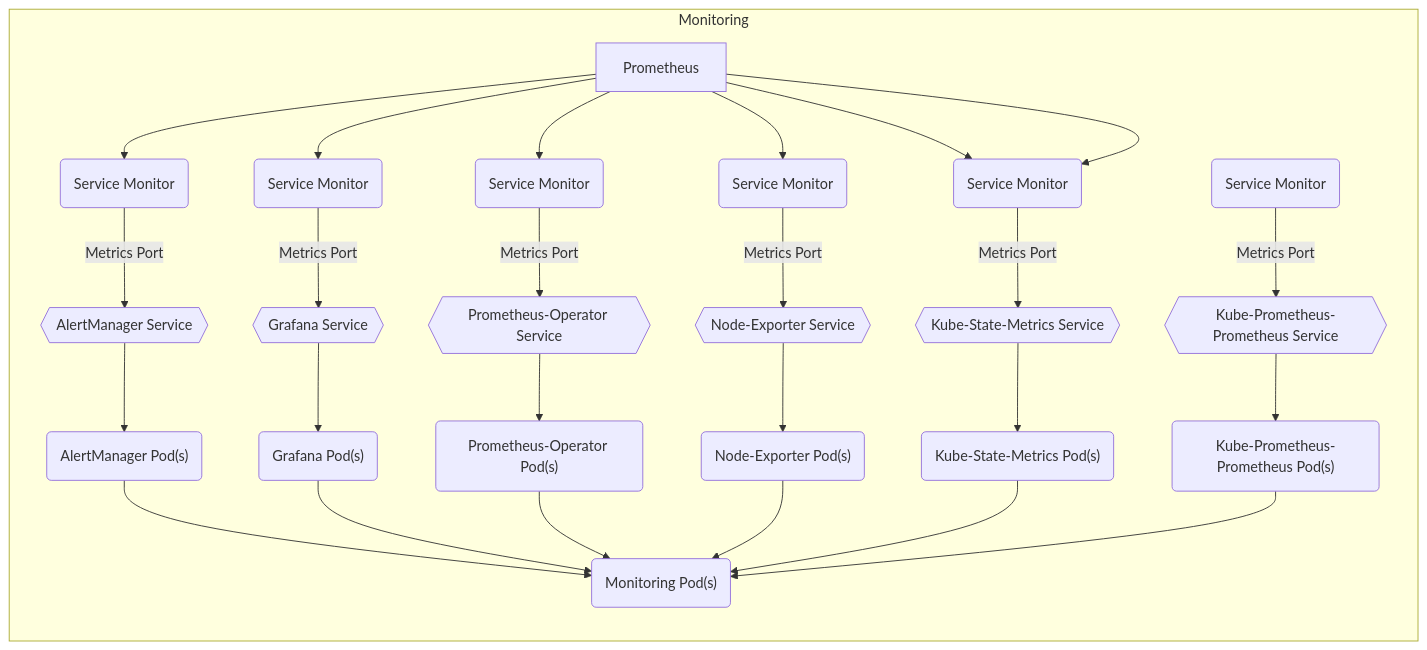
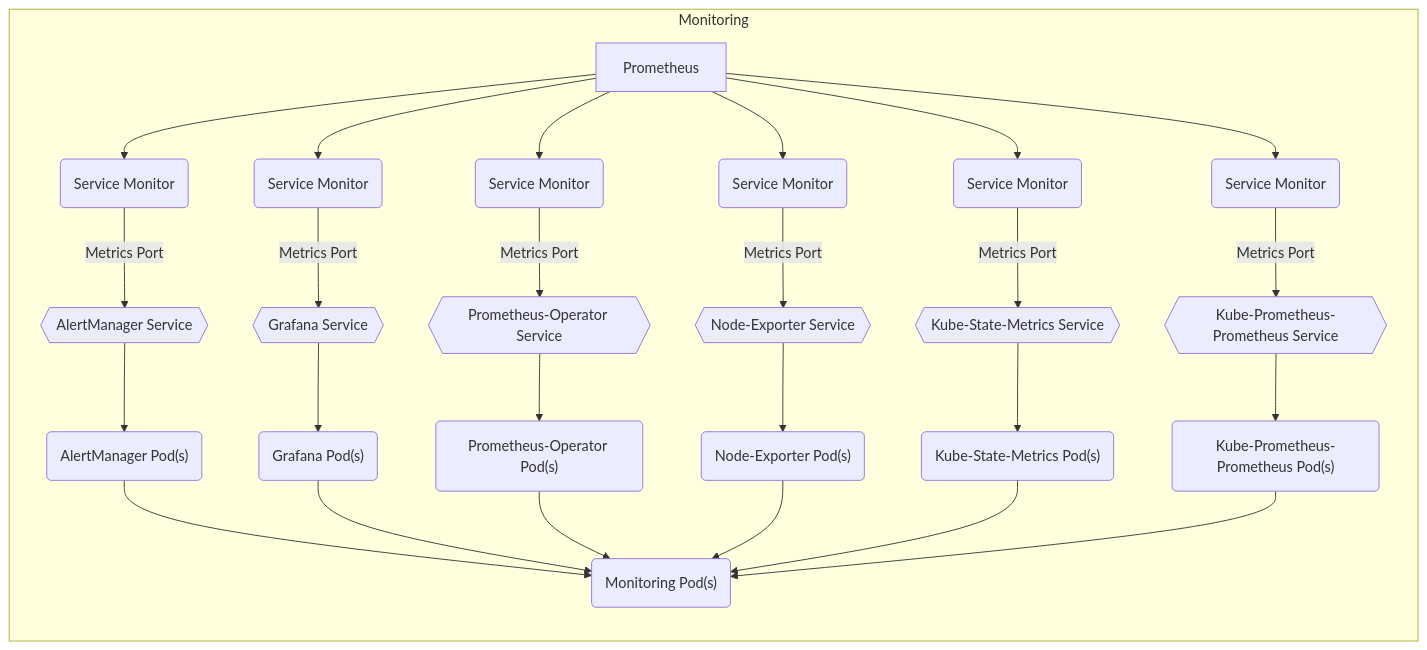
One commit to sbko/bigbang changed the diagram in charter/packages/monitoring/Architecture.md. Above: the diagram before and after it, drawn with Mermaid.

Commit message:
monitoring architecture

````diff
--- a/charter/packages/monitoring/Architecture.md
+++ b/charter/packages/monitoring/Architecture.md
@@ -12,33 +12,33 @@
  ```mermaid
 graph LR
   subgraph "Monitoring"
     alertmanagerpods("AlertManager Pod(s)") --> monitoringpods("Monitoring Pod(s)")
     alertmanagerservice{{AlertManager Service}} --> alertmanagerpods("AlertManager Pod(s)")
     alertmanagersvcmonitor("Service Monitor") --"Metrics Port"--> alertmanagerservice
     Prometheus --> alertmanagersvcmonitor("Service Monitor")
     grafanapods("Grafana Pod(s)") --> monitoringpods("Monitoring Pod(s)")
     grafanaservice{{Grafana Service}} --> grafanapods("Grafana Pod(s)")
     grafanasvcmonitor("Service Monitor") --"Metrics Port"--> grafanaservice
     Prometheus --> grafanasvcmonitor("Service Monitor")
     prometheusoperatorpods("Prometheus-Operator Pod(s)") --> monitoringpods("Monitoring Pod(s)")
     prometheusoperatorservice{{Prometheus-Operator Service}} -->  prometheusoperatorpods("Prometheus-Operator Pod(s)")
     prometheusoperatorsvcmonitor("Service Monitor") --"Metrics Port"--> prometheusoperatorservice
     Prometheus --> prometheusoperatorsvcmonitor("Service Monitor")
     nodeexporterpods("Node-Exporter Pod(s)") --> monitoringpods("Monitoring Pod(s)")
     nodeexporterservice{{Node-Exporter Service}} -->  nodeexporterpods("Node-Exporter Pod(s)")
     nodeexportersvcmonitor("Service Monitor") --"Metrics Port"-->  nodeexporterservice
     Prometheus --> nodeexportersvcmonitor("Service Monitor")
     kubestatemetricspods("Kube-State-Metrics Pod(s)") --> monitoringpods("Monitoring Pod(s)")
     kubestatemetricsservice{{Kube-State-Metrics Service}} -->  kubestatemetricspods("Kube-State-Metrics Pod(s)")
     kubestatemetricssvcmonitor("Service Monitor") --"Metrics Port"-->  kubestatemetricsservice
     Prometheus --> kubestatemetricssvcmonitor("Service Monitor")
     kubeprometheuspods("Kube-Prometheus-Prometheus Pod(s)") --> monitoringpods("Monitoring Pod(s)")
     kubeprometheusservice{{Kube-Prometheus-Prometheus Service}} -->  kubeprometheuspods("Kube-Prometheus-Prometheus Pod(s)")
     kubeprometheussvcmonitor("Service Monitor") --"Metrics Port"-->  kubeprometheusservice
-    Prometheus --> kubestatemetricssvcmonitor("Service Monitor")
+    Prometheus --> kubeprometheussvcmonitor("Service Monitor")
     
 
     
   end
   
 ```   
````
